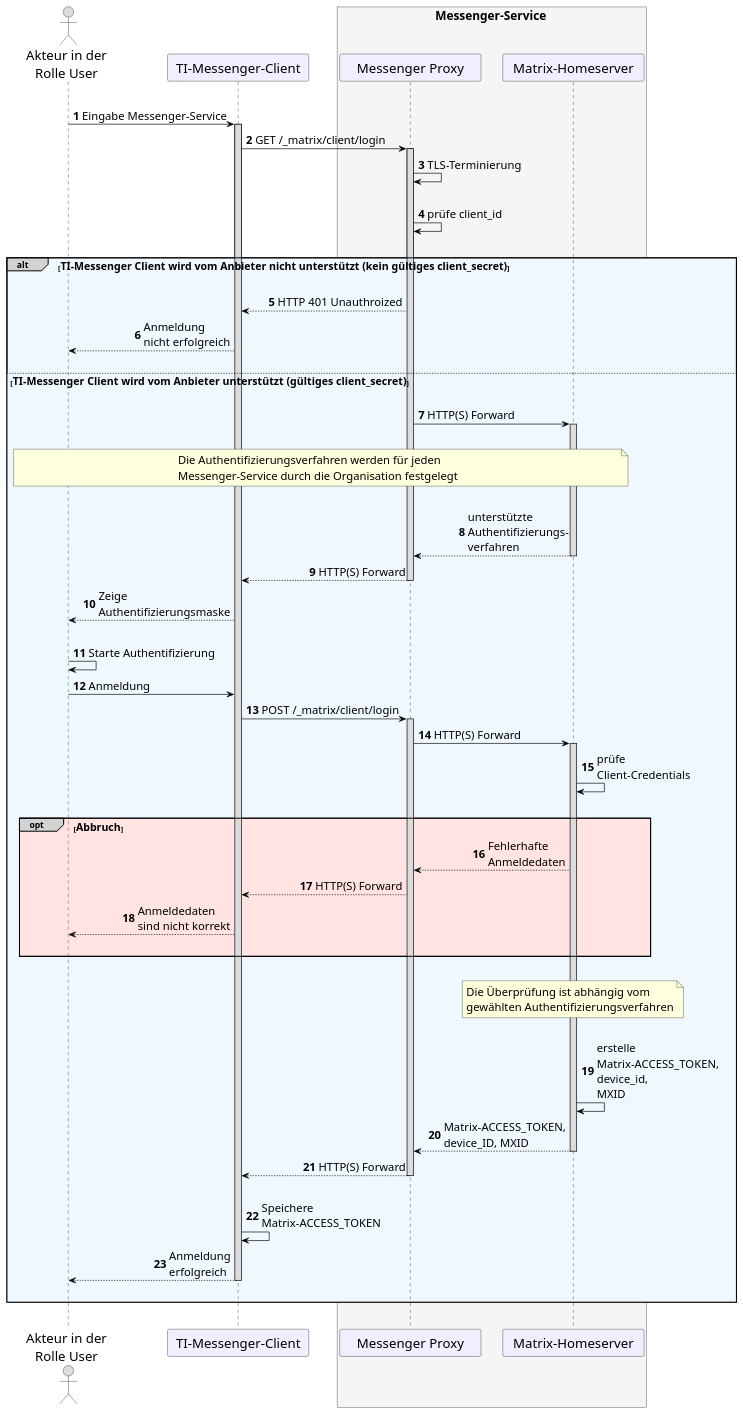
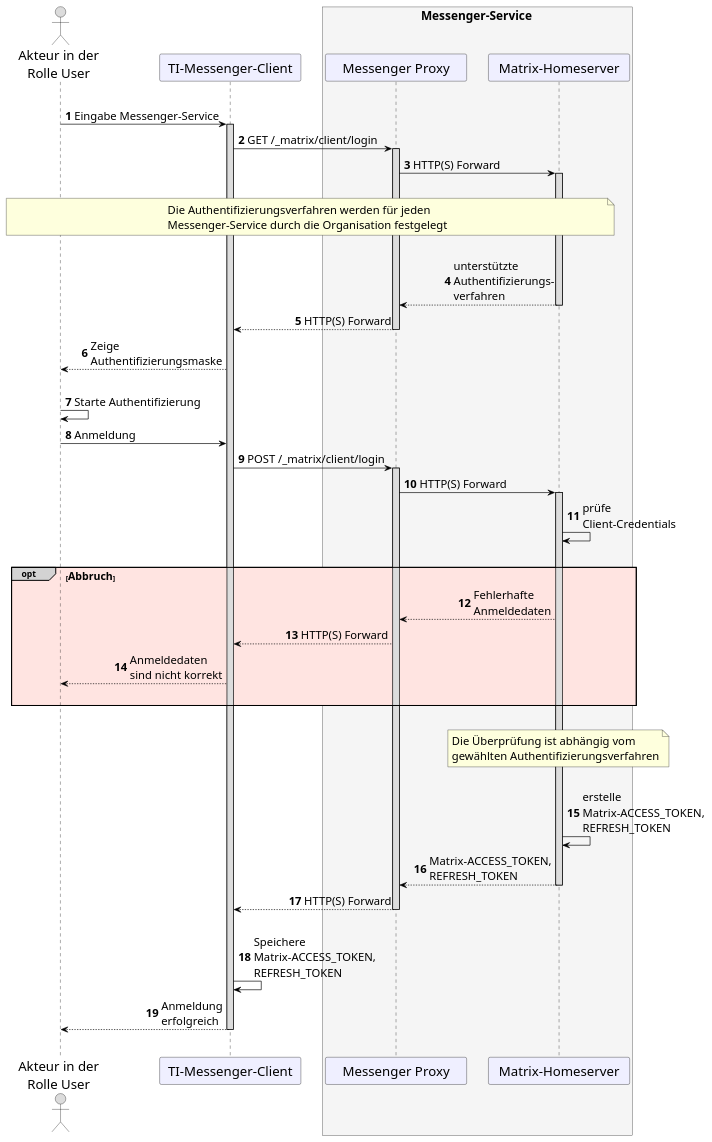
Before and after one commit to gematik/api-ti-messenger: the diagram in src/images/TI-Messenger-Dienst/Ressourcen/UC_10057_Seq.puml, drawn with PlantUML.

Commit message:
removed client_id checks

```diff
--- a/src/images/TI-Messenger-Dienst/Ressourcen/UC_10057_Seq.puml
+++ b/src/images/TI-Messenger-Dienst/Ressourcen/UC_10057_Seq.puml
@@ -9,106 +9,87 @@
 @startuml
 skinparam sequenceMessageAlign direction
 skinparam minClassWidth 200
 skinparam BoxPadding 1
 skinparam sequenceReferenceHeaderBackgroundColor palegreen
 scale max 2048 width
 autonumber
 
 skinparam sequence {
 ArrowColor black
 ArrowFontSize 17
 ActorBorderColor black
 LifeLineBorderColor black
 LifeLineBackgroundColor Gainsboro
 
 ParticipantBorderColor Motivation
 ParticipantBackgroundColor Motivation
 ParticipantFontSize 20
 ParticipantFontColor black
 ParticipantBorderColor Black
 ParticipantBackgroundColor MOTIVATION
 
 
 
 ActorBackgroundColor Gainsboro
 ActorFontColor black
 ActorFontSize 20
 ActorFontName Aapex
 }
     actor U as "Akteur in der\nRolle User"
     participant C as "TI-Messenger-Client"
     box <size:18>Messenger-Service</size> #WhiteSmoke
       participant MP as "Messenger Proxy"
       participant MH as "Matrix-Homeserver"
     end box
 
 |||
   U->C: Eingabe Messenger-Service 
     Activate C
   C->MP: GET /_matrix/client/login
-    Activate MP
-  MP->MP: TLS-Terminierung
-  |||
-  MP->MP: prüfe client_id 
-
-|||
-alt#LightGrey #AliceBlue <size:16>TI-Messenger Client wird vom Anbieter nicht unterstützt (kein gültiges client_secret)</size>
-|||  
-
-  MP-->C: HTTP 401 Unauthroized
-  C-->U: Anmeldung \nnicht erfolgreich
-  
-    |||  
-    else <size:16>TI-Messenger Client wird vom Anbieter unterstützt  (gültiges client_secret)</size>
-    |||
-
+    Activate MP 
   MP->MH: HTTP(S) Forward
    Activate MH
 
 |||
 note over U, MH: <size:17>Die Authentifizierungsverfahren werden für jeden \n<size:17>Messenger-Service durch die Organisation festgelegt</size>
 |||
 
   MH-->MP: unterstützte \nAuthentifizierungs-\nverfahren
     Deactivate MH
   MP-->C: HTTP(S) Forward
     Deactivate MP
   C-->U: Zeige \nAuthentifizierungsmaske
   |||
   U->U: Starte Authentifizierung
   U->C: Anmeldung
   C->MP: POST /_matrix/client/login
     Activate MP
 
     
     MP->MH: HTTP(S) Forward
       Activate MH
     MH->MH: prüfe \nClient-Credentials
     |||
     opt#LightGrey #MistyRose <size:16>Abbruch</size>
       MH-->MP:Fehlerhafte \nAnmeldedaten 
       MP-->C: HTTP(S) Forward
       C-->U: Anmeldedaten \nsind nicht korrekt
       |||
     end
     |||
     
     note over MH, MH: <size:17>Die Überprüfung ist abhängig vom \n<size:17>gewählten Authentifizierungsverfahren</size>
     
     |||
-    MH->MH: erstelle \nMatrix-ACCESS_TOKEN, \ndevice_id, \nMXID
-    MH-->MP: Matrix-ACCESS_TOKEN, \ndevice_ID, MXID
+    MH->MH: erstelle \nMatrix-ACCESS_TOKEN, \nREFRESH_TOKEN
+    MH-->MP: Matrix-ACCESS_TOKEN, \nREFRESH_TOKEN
       Deactivate MH
     MP-->C: HTTP(S) Forward
       Deactivate MP
     |||
-    C->C: Speichere \nMatrix-ACCESS_TOKEN
+    C->C: Speichere \nMatrix-ACCESS_TOKEN, \nREFRESH_TOKEN
 
     C-->U: Anmeldung \nerfolgreich
         Deactivate C
     |||
-
-end
-|||
-
 @enduml
```
